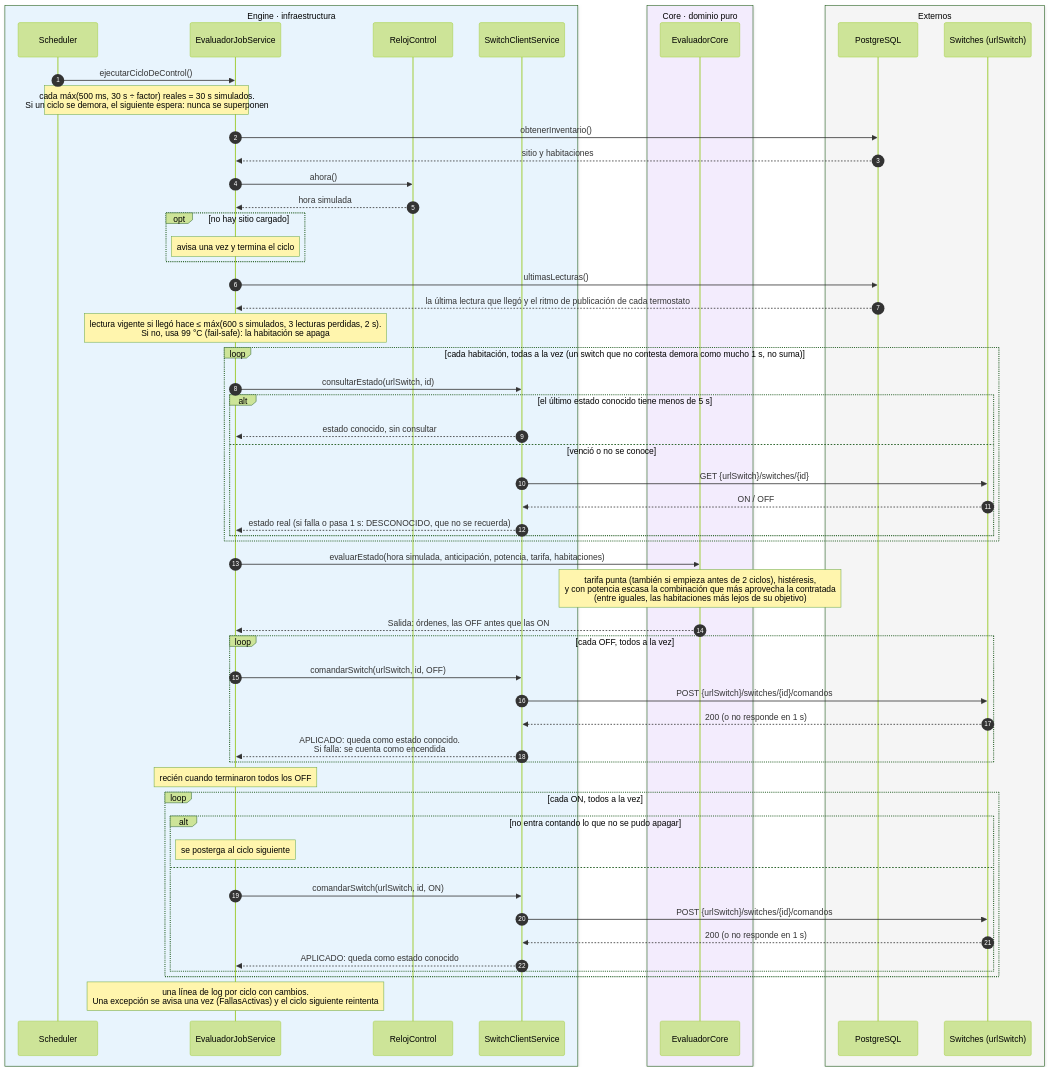
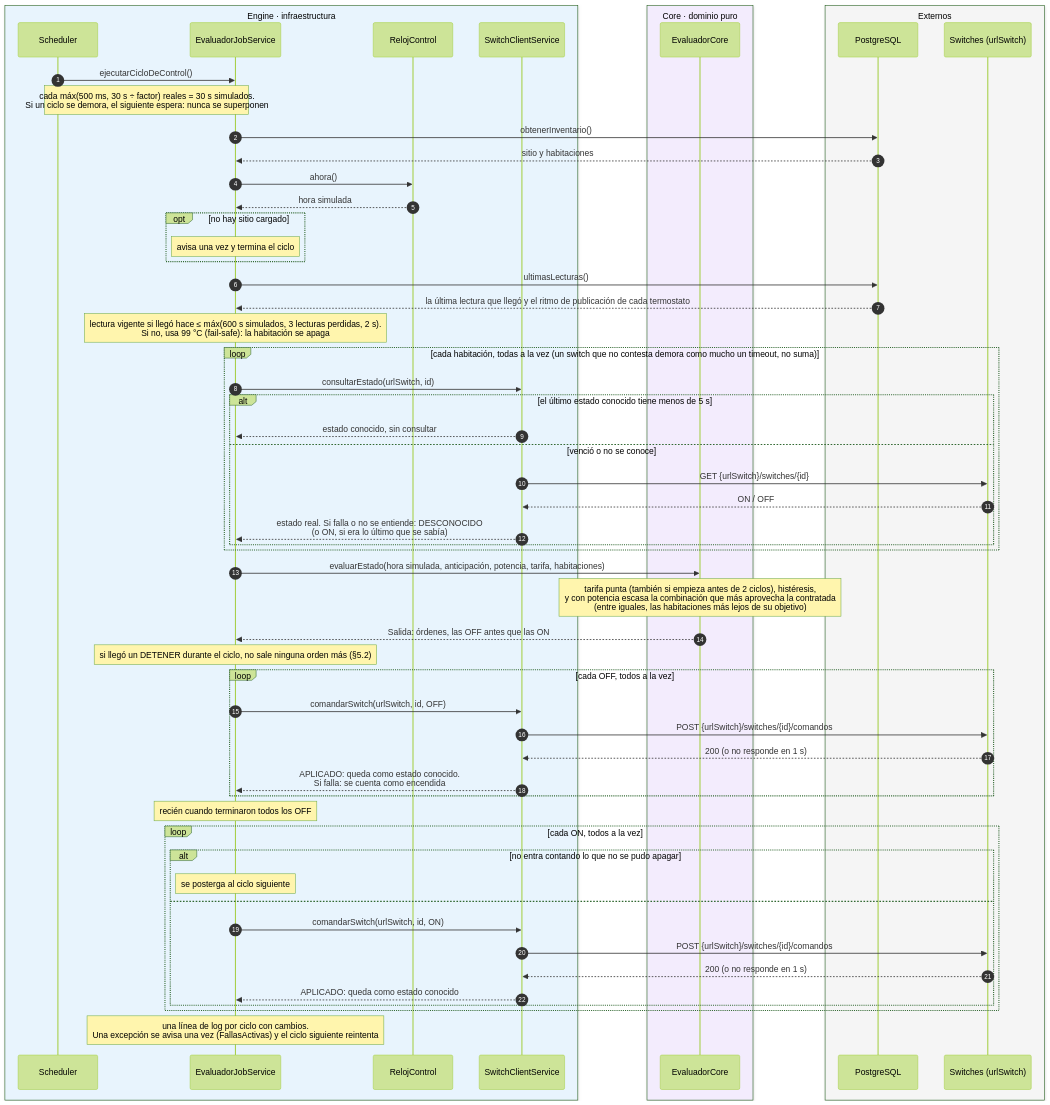
Before and after one commit to guzmanbarbatto/iiss-2026-grupo-3-vespertino: the diagram in docs/arquitectura/diagramas/vista-procesos-ciclo.mmd, drawn with Mermaid (forest theme). The commit also changed 15 other files, not shown here.

```diff
--- a/docs/arquitectura/diagramas/vista-procesos-ciclo.mmd
+++ b/docs/arquitectura/diagramas/vista-procesos-ciclo.mmd
@@ -1,65 +1,66 @@
 %% Vista de Procesos: un ciclo de control del engine (EvaluadorJobService.ejecutarCicloDeControl).
 %% Se renderiza a ../VistaProcesosCiclo.png (ver docs/arquitectura/diagramas/README.md).
 sequenceDiagram
     autonumber
     box rgb(232,244,253) Engine · infraestructura
         participant SCH as Scheduler
         participant JOB as EvaluadorJobService
         participant RELOJ as RelojControl
         participant SW as SwitchClientService
     end
     box rgb(243,236,253) Core · dominio puro
         participant CORE as EvaluadorCore
     end
     box rgb(245,245,245) Externos
         participant DB as PostgreSQL
         participant SIM as Switches (urlSwitch)
     end
 
     SCH->>JOB: ejecutarCicloDeControl()
     Note over SCH,JOB: cada máx(500 ms, 30 s ÷ factor) reales = 30 s simulados.<br/>Si un ciclo se demora, el siguiente espera: nunca se superponen
     JOB->>DB: obtenerInventario()
     DB-->>JOB: sitio y habitaciones
     JOB->>RELOJ: ahora()
     RELOJ-->>JOB: hora simulada
 
     opt no hay sitio cargado
         Note over JOB: avisa una vez y termina el ciclo
     end
 
     JOB->>DB: ultimasLecturas()
     DB-->>JOB: la última lectura que llegó y el ritmo de publicación de cada termostato
     Note over JOB: lectura vigente si llegó hace ≤ máx(600 s simulados, 3 lecturas perdidas, 2 s).<br/>Si no, usa 99 °C (fail-safe): la habitación se apaga
-    loop cada habitación, todas a la vez (un switch que no contesta demora como mucho 1 s, no suma)
+    loop cada habitación, todas a la vez (un switch que no contesta demora como mucho un timeout, no suma)
         JOB->>SW: consultarEstado(urlSwitch, id)
         alt el último estado conocido tiene menos de 5 s
             SW-->>JOB: estado conocido, sin consultar
         else venció o no se conoce
             SW->>SIM: GET {urlSwitch}/switches/{id}
             SIM-->>SW: ON / OFF
-            SW-->>JOB: estado real (si falla o pasa 1 s: DESCONOCIDO, que no se recuerda)
+            SW-->>JOB: estado real. Si falla o no se entiende: DESCONOCIDO<br/>(o ON, si era lo último que se sabía)
         end
     end
 
     JOB->>CORE: evaluarEstado(hora simulada, anticipación, potencia, tarifa, habitaciones)
     Note over CORE: tarifa punta (también si empieza antes de 2 ciclos), histéresis,<br/>y con potencia escasa la combinación que más aprovecha la contratada<br/>(entre iguales, las habitaciones más lejos de su objetivo)
     CORE-->>JOB: Salida: órdenes, las OFF antes que las ON
 
+    Note over JOB: si llegó un DETENER durante el ciclo, no sale ninguna orden más (§5.2)
     loop cada OFF, todos a la vez
         JOB->>SW: comandarSwitch(urlSwitch, id, OFF)
         SW->>SIM: POST {urlSwitch}/switches/{id}/comandos
         SIM-->>SW: 200 (o no responde en 1 s)
         SW-->>JOB: APLICADO: queda como estado conocido.<br/>Si falla: se cuenta como encendida
     end
     Note over JOB: recién cuando terminaron todos los OFF
     loop cada ON, todos a la vez
         alt no entra contando lo que no se pudo apagar
             Note over JOB: se posterga al ciclo siguiente
         else
             JOB->>SW: comandarSwitch(urlSwitch, id, ON)
             SW->>SIM: POST {urlSwitch}/switches/{id}/comandos
             SIM-->>SW: 200 (o no responde en 1 s)
             SW-->>JOB: APLICADO: queda como estado conocido
         end
     end
     Note over JOB: una línea de log por ciclo con cambios.<br/>Una excepción se avisa una vez (FallasActivas) y el ciclo siguiente reintenta
```
